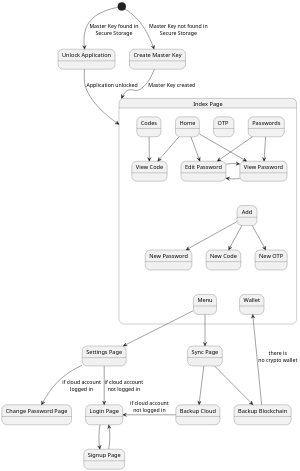
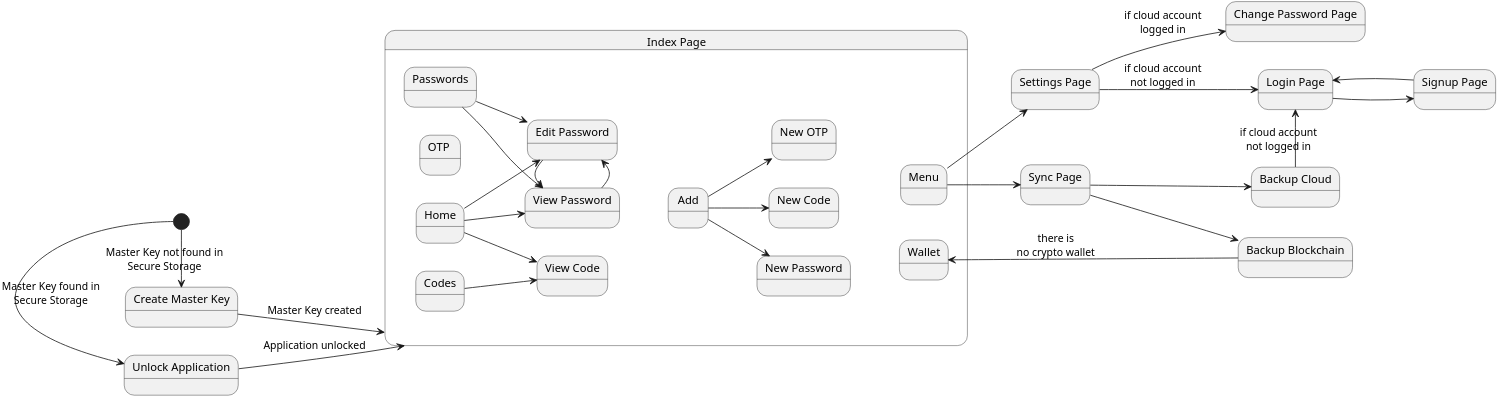
The diagram in docs/diagrams/state/flow.pu (dvpv/walman), drawn with PlantUML before and after one commit. The commit also changed 6 other files, not shown here.

```diff
--- a/docs/diagrams/state/flow.pu
+++ b/docs/diagrams/state/flow.pu
@@ -1,65 +1,66 @@
 @startuml flow
 
+left to right direction
 skinparam DefaultTextAlignment center
 
-scale 2
+scale 4
 
 state "Unlock Application" as unlock
 state "Create Master Key" as createMK
 
 state "Index Page" as index {
     state "OTP " as otp
     state "Home" as home
     state "Passwords" as passwords
     state "Codes" as codes
     state "Wallet" as wallet
     state "Add" as add
     state "Menu" as menu
     state "New Password" as newp
     state "View Password" as viewp
     state "Edit Password" as editp
     state "New Code" as newc
     state "View Code" as viewc
     state "New OTP" as newo
     passwords --> viewp
     passwords --> editp
     home --> viewp
     home --> editp
     codes --> viewc
     home --> viewc
     add --> newp
     add --> newc
     add --> newo
     viewp -> editp
     editp -> viewp
     newc -[hidden]-> wallet
     newc -[hidden]-> menu
     otp -[hidden]> passwords
     viewp -[hidden]-> add
 }
 
 state "Sync Page" as sync
 state "Settings Page" as settings
 state "Login Page" as login
 state "Signup Page" as signup
 state "Change Password Page" as change
 state "Backup Cloud" as cbackup
 state "Backup Blockchain" as bbackup
 
-[*] --> unlock : Master Key found in\nSecure Storage
-[*] --> createMK : Master Key not found in\nSecure Storage
+[*] -> unlock : Master Key found in\nSecure Storage
+[*] -> createMK : Master Key not found in\nSecure Storage
 unlock --> index : Application unlocked
 createMK --> index : Master Key created
 menu --> sync
 menu --> settings
 settings --> change : if cloud account\nlogged in
 settings --> login : if cloud account\nnot logged in
 login --> signup
 signup --> login
 sync --> bbackup
 wallet <-- bbackup : there is\nno crypto wallet
 sync --> cbackup
 login <- cbackup : if cloud account\nnot logged in
 change -[hidden]> login
 
 @enduml
```
